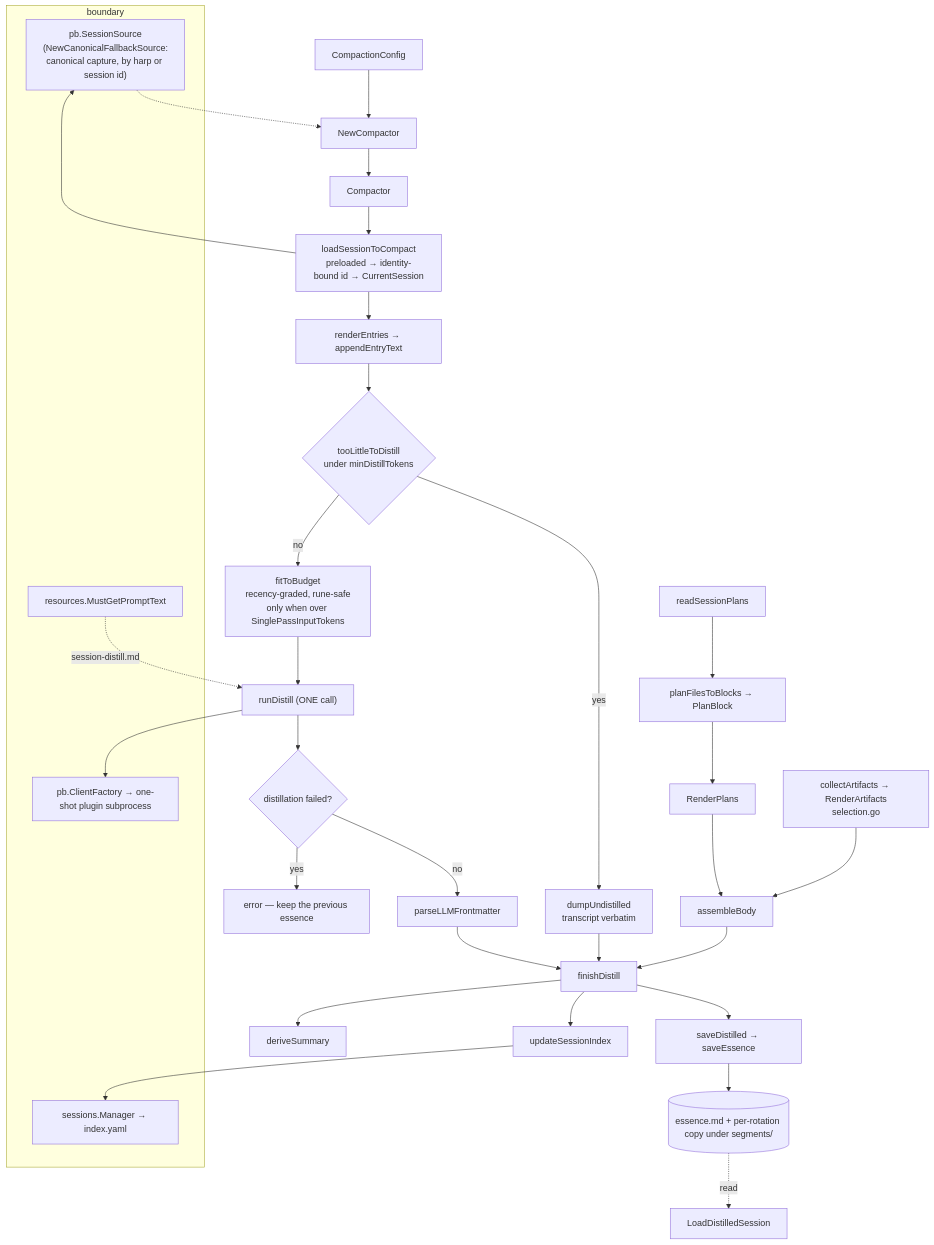
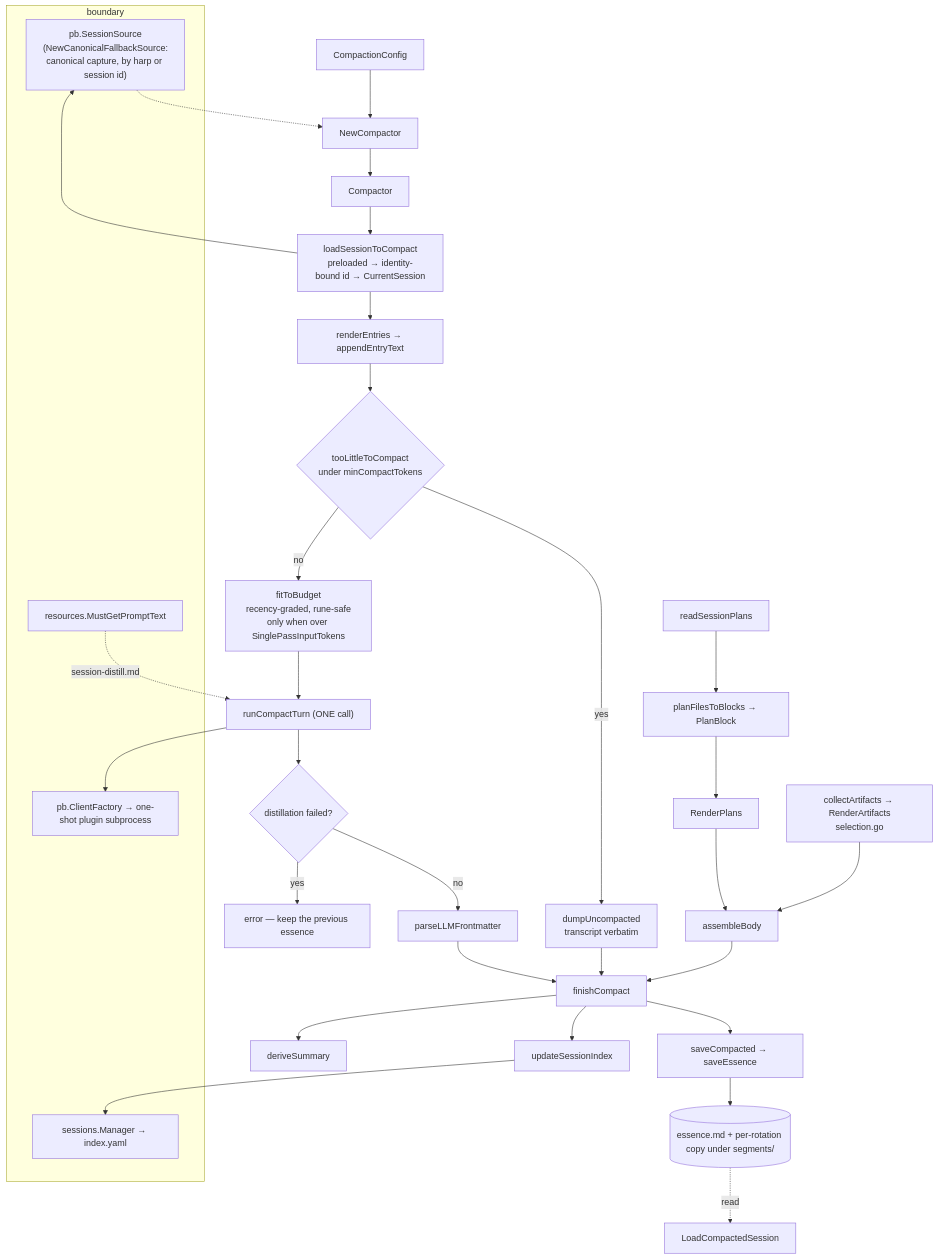
One commit to ctxloom/ctxloom changed the diagram in docs/architecture/companions/memory.md. Above: the diagram before and after it, drawn with Mermaid. The commit also changed other lines of this file and 29 other files, not shown here.

First line of the commit message:
refactor(memory): session-side distill vocabulary becomes compact

````diff
--- a/docs/architecture/companions/memory.md
+++ b/docs/architecture/companions/memory.md
@@ -28,41 +28,41 @@
 ```mermaid
 flowchart TD
   subgraph ext["boundary"]
     SRC["pb.SessionSource<br/>(NewCanonicalFallbackSource:<br/>canonical capture, by harp or session id)"]
     LLM["pb.ClientFactory → one-shot plugin subprocess"]
     IDX["sessions.Manager → index.yaml"]
     RES["resources.MustGetPromptText"]
   end
 
   CFG["CompactionConfig"] --> NC["NewCompactor"]
   SRC -.-> NC
   NC --> C["Compactor"]
 
   C --> LS["loadSessionToCompact<br/>preloaded → identity-bound id → CurrentSession"]
   LS --> SRC
   LS --> S2T["renderEntries → appendEntryText"]
-  S2T --> ES{"tooLittleToDistill<br/>under minDistillTokens"}
+  S2T --> ES{"tooLittleToCompact<br/>under minCompactTokens"}
 
-  ES -->|yes| DUMP["dumpUndistilled<br/>transcript verbatim"]
+  ES -->|yes| DUMP["dumpUncompacted<br/>transcript verbatim"]
   ES -->|no| FB["fitToBudget<br/>recency-graded, rune-safe<br/>only when over SinglePassInputTokens"]
-  FB --> RD["runDistill (ONE call)"]
+  FB --> RD["runCompactTurn (ONE call)"]
   RD --> LLM
   RES -.->|"session-distill.md"| RD
   RD --> ABORT{"distillation failed?"}
   ABORT -->|yes| ERR["error — keep the previous essence"]
   ABORT -->|no| PFM["parseLLMFrontmatter"]
 
   PLANS["readSessionPlans"] --> PB["planFilesToBlocks → PlanBlock"]
   PB --> RP["RenderPlans"] --> AB["assembleBody"]
   ART["collectArtifacts → RenderArtifacts<br/>selection.go"] --> AB
 
-  PFM --> FIN["finishDistill"]
+  PFM --> FIN["finishCompact"]
   DUMP --> FIN
   AB --> FIN
   FIN --> DS["deriveSummary"]
-  FIN --> SD["saveDistilled → saveEssence"]
+  FIN --> SD["saveCompacted → saveEssence"]
   FIN --> USI["updateSessionIndex"] --> IDX
 
   SD --> OUT[("essence.md + per-rotation copy under segments/")]
-  OUT -.read.-> LOAD["LoadDistilledSession"]
+  OUT -.read.-> LOAD["LoadCompactedSession"]
 ```
````
